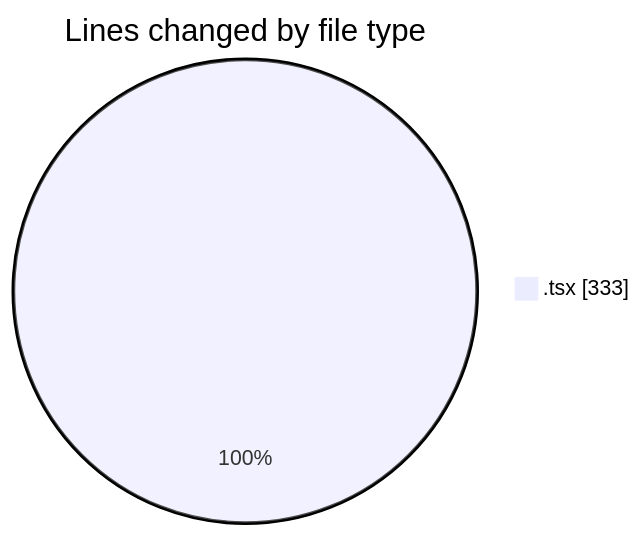
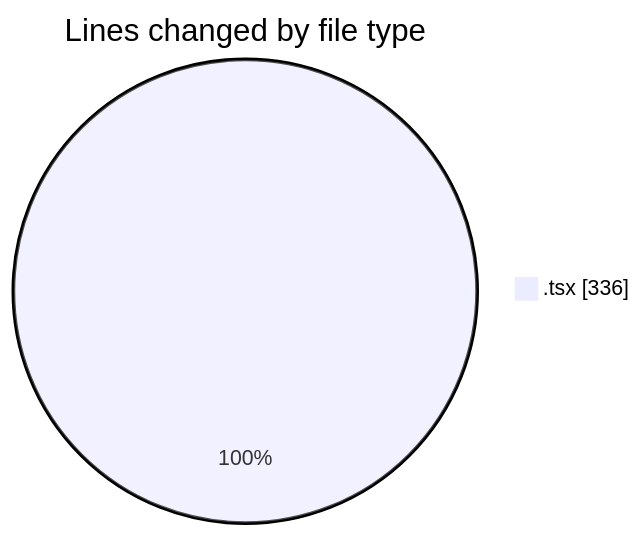
The first of 2 diagrams in 2026-08-06/cda/README.md (momahboobian/code-tracking), drawn with Mermaid before and after one commit. The commit also changed other lines of this file and 1 other file, not shown here.

````diff
--- a/2026-08-06/cda/README.md
+++ b/2026-08-06/cda/README.md
@@ -22,5 +22,5 @@
 ```mermaid
 pie showData
 title Lines changed by file type
-".tsx" : 333
+".tsx" : 336
 ```
````
